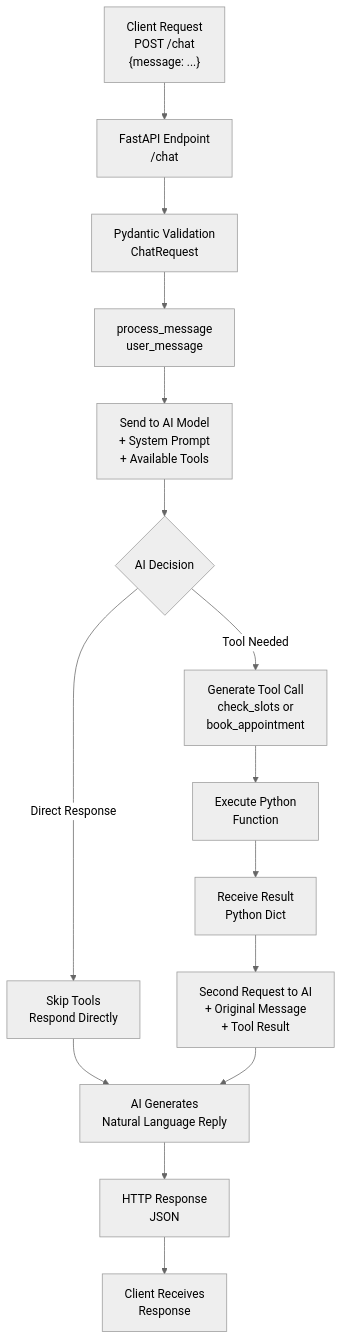
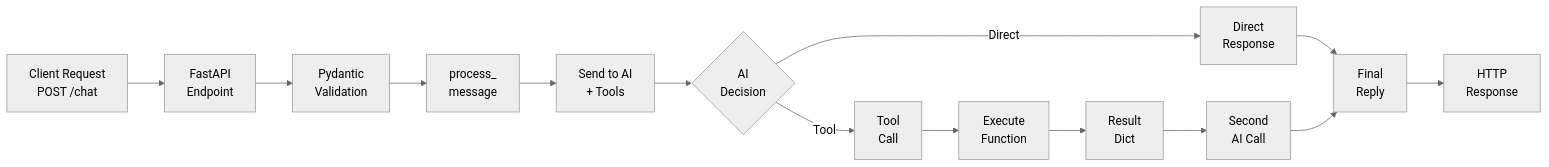
The fourth of 6 diagrams in Readme.md (charanp2006/demo-voice-agent), drawn with Mermaid (neutral theme) before and after one commit. The commit also changed other lines of this file and 3 other files, not shown here.

````diff
--- a/Readme.md
+++ b/Readme.md
@@ -75,32 +118,21 @@
 ```mermaid
-graph TD
-    A["Client Request<br/>POST /chat<br/>{message: ...}"]
-    B["FastAPI Endpoint<br/>/chat"]
-    C["Pydantic Validation<br/>ChatRequest"]
-    D["process_message<br/>user_message"]
-    E["Send to AI Model<br/>+ System Prompt<br/>+ Available Tools"]
-    F{"AI Decision"}
-    G["Skip Tools<br/>Respond Directly"]
-    H["Generate Tool Call<br/>check_slots or<br/>book_appointment"]
-    I["Execute Python<br/>Function"]
-    J["Receive Result<br/>Python Dict"]
-    K["Second Request to AI<br/>+ Original Message<br/>+ Tool Result"]
-    L["AI Generates<br/>Natural Language Reply"]
-    M["HTTP Response<br/>JSON"]
-    N["Client Receives<br/>Response"]
+graph LR
+    A["Client Request<br/>POST /chat"]
+    B["FastAPI<br/>Endpoint"]
+    C["Pydantic<br/>Validation"]
+    D["process_<br/>message"]
+    E["Send to AI<br/>+ Tools"]
+    F{"AI<br/>Decision"}
+    G["Direct<br/>Response"]
+    H["Tool<br/>Call"]
+    I["Execute<br/>Function"]
+    J["Result<br/>Dict"]
+    K["Second<br/>AI Call"]
+    L["Final<br/>Reply"]
+    M["HTTP<br/>Response"]
     
-    A --> B
-    B --> C
-    C --> D
-    D --> E
-    E --> F
-    F -->|Direct Response| G
-    F -->|Tool Needed| H
-    G --> L
-    H --> I
-    I --> J
-    J --> K
-    K --> L
+    A --> B --> C --> D --> E --> F
+    F -->|Direct| G --> L
+    F -->|Tool| H --> I --> J --> K --> L
     L --> M
-    M --> N
 ```
````
